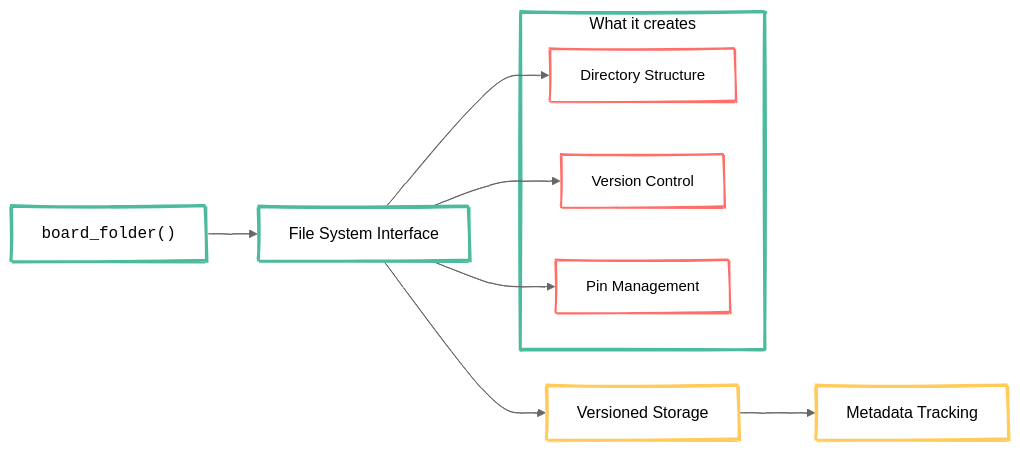
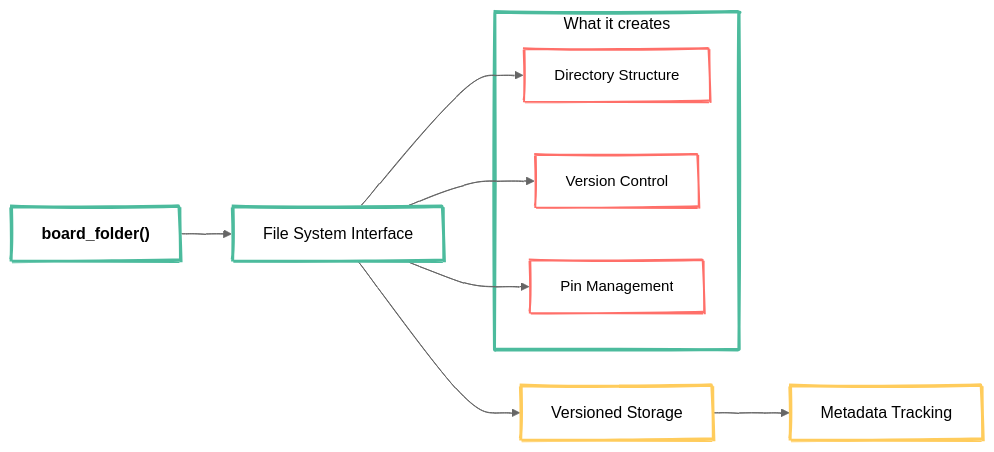
Before and after one commit to mjfrigaard/do4ds-labs: the third of 5 diagrams in lab2.qmd, drawn with Mermaid. The commit also changed other lines of this file and 34 other files, not shown here.

Commit message:
updates to mermaid

````diff
--- a/lab2.qmd
+++ b/lab2.qmd
@@ -286,31 +286,32 @@
 ```{mermaid}
 %%| fig-cap: 'board_folder()'
 %%| fig-align: center
 %%{init: {'theme': 'neutral', 'look': 'handDrawn', 'themeVariables': { 'fontFamily': 'monospace', "fontSize":"16px"}}}%%
+
 flowchart LR
-    BrdFldr["<code>board_folder()</code>"] --> FSI[File System Interface]
+    BrdFldr["<strong>board_folder()</strong>"] --> FSI[File System Interface]
     FSI --> VerStor[Versioned Storage]
     VerStor --> MetaTr[Metadata Tracking]
     
     subgraph BF["What it creates"]
         DirStr[Directory Structure]
         VerCont[Version Control]
         PinMngMnt[Pin Management]
     end
     
     FSI --> DirStr
     FSI --> VerCont
     FSI --> PinMngMnt
     
     style BrdFldr fill:#FFF,stroke:#4CBB9D,color:#000,stroke-width:3px,rx:10,ry:10,font-size:16px
     style FSI fill:#FFF,stroke:#4CBB9D,color:#000,stroke-width:3px,rx:10,ry:10,font-size:16px
     style BF fill:#FFF,stroke:#4CBB9D,color:#000,stroke-width:3px,rx:10,ry:10,font-size:16px
     
     style DirStr fill:#FFF,stroke:#ff6f69,color:#000,stroke-width:2px,rx:5,ry:5,font-size:15px
     style VerCont fill:#FFF,stroke:#ff6f69,color:#000,stroke-width:2px,rx:5,ry:5,font-size:15px
     style PinMngMnt fill:#FFF,stroke:#ff6f69,color:#000,stroke-width:2px,rx:5,ry:5,font-size:15px
     
     style VerStor fill:#FFF,stroke:#ffcc5c,color:#000,stroke-width:3px,rx:10,ry:10,font-size:16px
     style MetaTr fill:#FFF,stroke:#ffcc5c,color:#000,stroke-width:3px,rx:10,ry:10,font-size:16px
 
 ```
````
